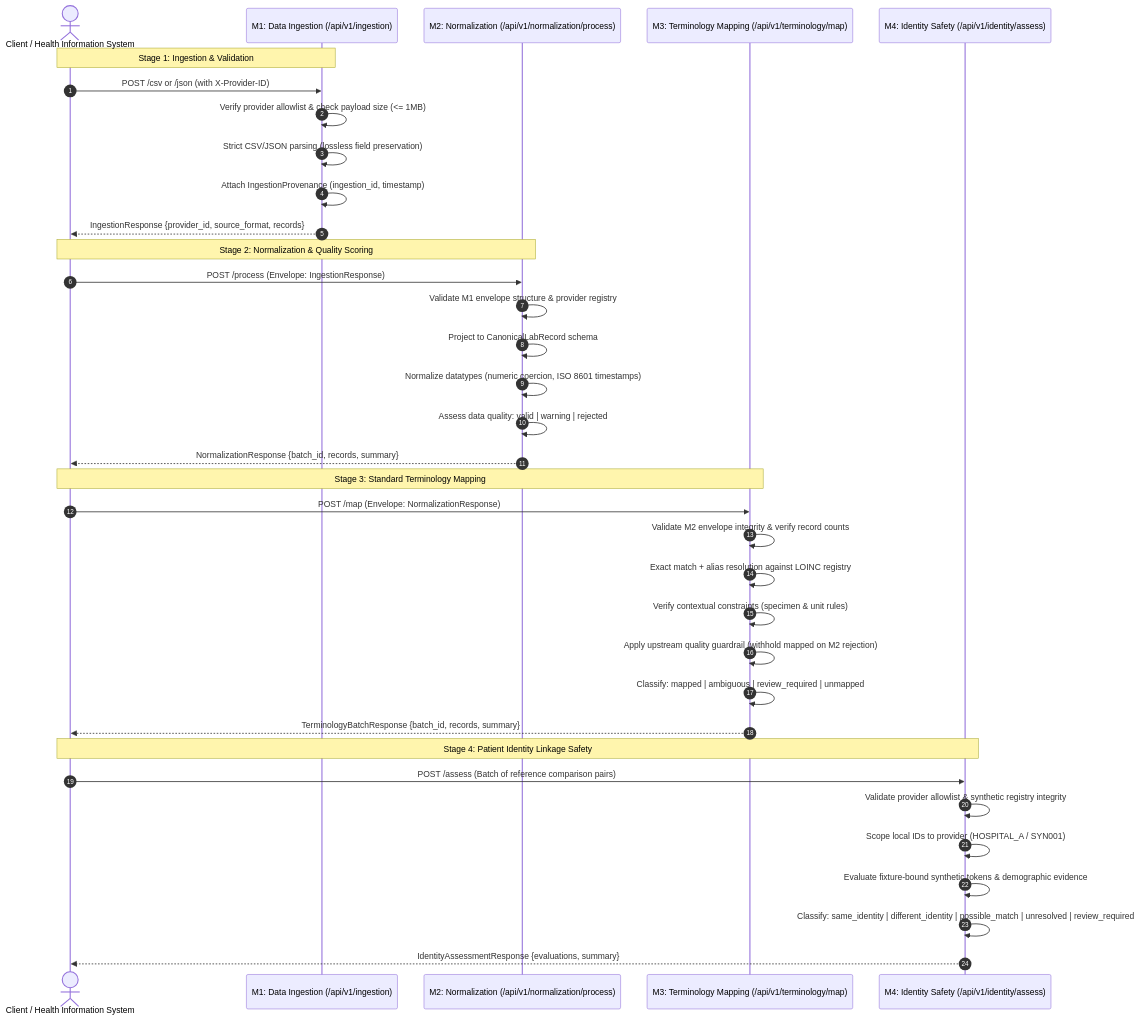
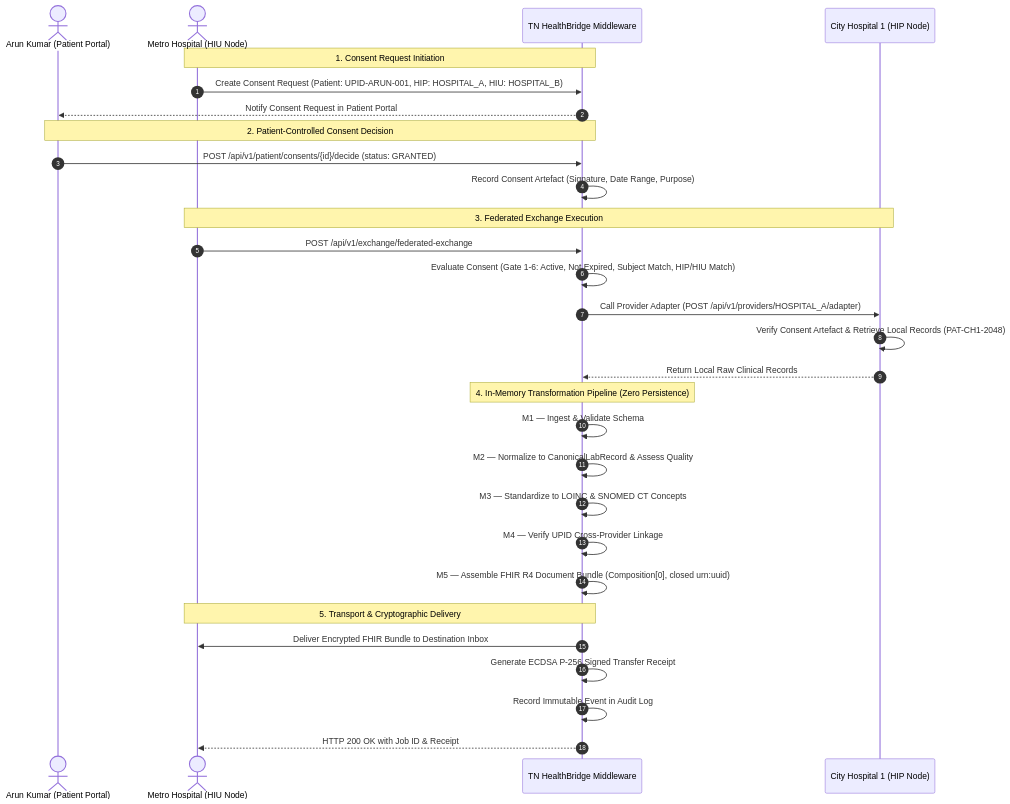
One commit to Priyadharshan-SC/TN-HEALTHBRIDGE changed the second of 2 diagrams in docs/architecture/DATA_FLOW.md. Above: the diagram before and after it, drawn with Mermaid. The commit also changed other lines of this file and 131 other files, not shown here.

````diff
--- a/docs/architecture/DATA_FLOW.md
+++ b/docs/architecture/DATA_FLOW.md
@@ -11,41 +52,37 @@
 ```mermaid
 sequenceDiagram
     autonumber
-    actor Client as Client / Health Information System
-    participant M1 as M1: Data Ingestion (/api/v1/ingestion)
-    participant M2 as M2: Normalization (/api/v1/normalization/process)
-    participant M3 as M3: Terminology Mapping (/api/v1/terminology/map)
-    participant M4 as M4: Identity Safety (/api/v1/identity/assess)
+    actor Patient as Arun Kumar (Patient Portal)
+    actor Metro as Metro Hospital (HIU Node)
+    participant Middleware as TN HealthBridge Middleware
+    participant CityHosp as City Hospital 1 (HIP Node)
 
-    Note over Client, M1: Stage 1: Ingestion & Validation
-    Client->>M1: POST /csv or /json (with X-Provider-ID)
-    M1->>M1: Verify provider allowlist & check payload size (<= 1MB)
-    M1->>M1: Strict CSV/JSON parsing (lossless field preservation)
-    M1->>M1: Attach IngestionProvenance (ingestion_id, timestamp)
-    M1-->>Client: IngestionResponse {provider_id, source_format, records}
+    Note over Metro,Middleware: 1. Consent Request Initiation
+    Metro->>Middleware: Create Consent Request (Patient: UPID-ARUN-001, HIP: HOSPITAL_A, HIU: HOSPITAL_B)
+    Middleware-->>Patient: Notify Consent Request in Patient Portal
 
-    Note over Client, M2: Stage 2: Normalization & Quality Scoring
-    Client->>M2: POST /process (Envelope: IngestionResponse)
-    M2->>M2: Validate M1 envelope structure & provider registry
-    M2->>M2: Project to CanonicalLabRecord schema
-    M2->>M2: Normalize datatypes (numeric coercion, ISO 8601 timestamps)
-    M2->>M2: Assess data quality: valid | warning | rejected
-    M2-->>Client: NormalizationResponse {batch_id, records, summary}
+    Note over Patient,Middleware: 2. Patient-Controlled Consent Decision
+    Patient->>Middleware: POST /api/v1/patient/consents/{id}/decide (status: GRANTED)
+    Middleware->>Middleware: Record Consent Artefact (Signature, Date Range, Purpose)
 
-    Note over Client, M3: Stage 3: Standard Terminology Mapping
-    Client->>M3: POST /map (Envelope: NormalizationResponse)
-    M3->>M3: Validate M2 envelope integrity & verify record counts
-    M3->>M3: Exact match + alias resolution against LOINC registry
-    M3->>M3: Verify contextual constraints (specimen & unit rules)
-    M3->>M3: Apply upstream quality guardrail (withhold mapped on M2 rejection)
-    M3->>M3: Classify: mapped | ambiguous | review_required | unmapped
-    M3-->>Client: TerminologyBatchResponse {batch_id, records, summary}
+    Note over Metro,CityHosp: 3. Federated Exchange Execution
+    Metro->>Middleware: POST /api/v1/exchange/federated-exchange
+    Middleware->>Middleware: Evaluate Consent (Gate 1-6: Active, Not Expired, Subject Match, HIP/HIU Match)
+    
+    Middleware->>CityHosp: Call Provider Adapter (POST /api/v1/providers/HOSPITAL_A/adapter)
+    CityHosp->>CityHosp: Verify Consent Artefact & Retrieve Local Records (PAT-CH1-2048)
+    CityHosp-->>Middleware: Return Local Raw Clinical Records
 
-    Note over Client, M4: Stage 4: Patient Identity Linkage Safety
-    Client->>M4: POST /assess (Batch of reference comparison pairs)
-    M4->>M4: Validate provider allowlist & synthetic registry integrity
-    M4->>M4: Scope local IDs to provider (HOSPITAL_A / SYN001)
-    M4->>M4: Evaluate fixture-bound synthetic tokens & demographic evidence
-    M4->>M4: Classify: same_identity | different_identity | possible_match | unresolved | review_required
-    M4-->>Client: IdentityAssessmentResponse {evaluations, summary}
+    Note over Middleware: 4. In-Memory Transformation Pipeline (Zero Persistence)
+    Middleware->>Middleware: M1 — Ingest & Validate Schema
+    Middleware->>Middleware: M2 — Normalize to CanonicalLabRecord & Assess Quality
+    Middleware->>Middleware: M3 — Standardize to LOINC & SNOMED CT Concepts
+    Middleware->>Middleware: M4 — Verify UPID Cross-Provider Linkage
+    Middleware->>Middleware: M5 — Assemble FHIR R4 Document Bundle (Composition[0], closed urn:uuid)
+    
+    Note over Middleware,Metro: 5. Transport & Cryptographic Delivery
+    Middleware->>Metro: Deliver Encrypted FHIR Bundle to Destination Inbox
+    Middleware->>Middleware: Generate ECDSA P-256 Signed Transfer Receipt
+    Middleware->>Middleware: Record Immutable Event in Audit Log
+    Middleware-->>Metro: HTTP 200 OK with Job ID & Receipt
 ```
````
